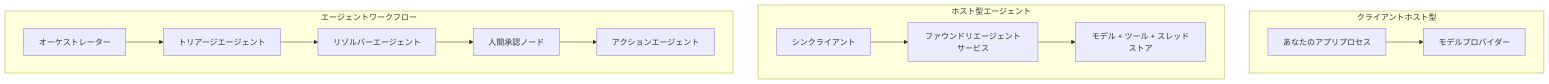
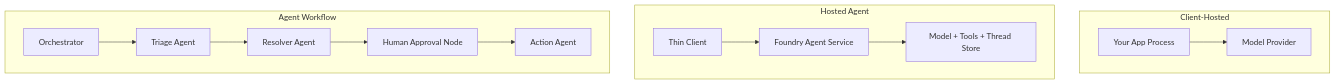
One commit to microsoft/ai-agents-for-beginners changed the first of 4 diagrams in translations/ja/16-deploying-scalable-agents/README.md. Above: the diagram before and after it, drawn with Mermaid. The commit also changed other lines of this file and 50 other files, not shown here.

````diff
--- a/translations/ja/16-deploying-scalable-agents/README.md
+++ b/translations/ja/16-deploying-scalable-agents/README.md
@@ -87,16 +87,16 @@
 ```mermaid
 flowchart TB
-    subgraph P1[クライアントホスト型]
-        A1[あなたのアプリプロセス] --> M1[モデルプロバイダー]
+    subgraph P1[Client-Hosted]
+        A1[Your App Process] --> M1[Model Provider]
     end
-    subgraph P2[ホスト型エージェント]
-        A2[シンクライアント] --> F2[ファウンドリエージェントサービス]
-        F2 --> M2[モデル + ツール + スレッドストア]
+    subgraph P2[Hosted Agent]
+        A2[Thin Client] --> F2[Foundry Agent Service]
+        F2 --> M2[Model + Tools + Thread Store]
     end
-    subgraph P3[エージェントワークフロー]
-        A3[オーケストレーター] --> S1[トリアージエージェント]
-        S1 --> S2[リゾルバーエージェント]
-        S2 --> H[人間承認ノード]
-        H --> S3[アクションエージェント]
+    subgraph P3[Agent Workflow]
+        A3[Orchestrator] --> S1[Triage Agent]
+        S1 --> S2[Resolver Agent]
+        S2 --> H[Human Approval Node]
+        H --> S3[Action Agent]
     end
 ```
````
